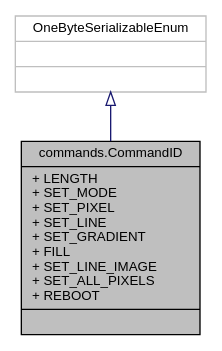
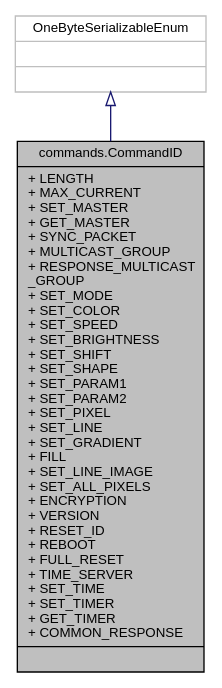
One commit to Quantum-0/qlsc changed the diagram in classcommands_1_1CommandID__inherit__graph.dot. Above: the diagram before and after it, drawn with Graphviz. The commit also changed 234 other files, not shown here.

```diff
--- a/classcommands_1_1CommandID__inherit__graph.dot
+++ b/classcommands_1_1CommandID__inherit__graph.dot
@@ -1,9 +1,9 @@
 digraph "commands.CommandID"
 {
  // LATEX_PDF_SIZE
   edge [fontname="Helvetica",fontsize="10",labelfontname="Helvetica",labelfontsize="10"];
   node [fontname="Helvetica",fontsize="10",shape=record];
-  Node1 [label="{commands.CommandID\n|+ LENGTH\l+ SET_MODE\l+ SET_PIXEL\l+ SET_LINE\l+ SET_GRADIENT\l+ FILL\l+ SET_LINE_IMAGE\l+ SET_ALL_PIXELS\l+ REBOOT\l|}",height=0.2,width=0.4,color="black", fillcolor="grey75", style="filled", fontcolor="black",tooltip=" "];
+  Node1 [label="{commands.CommandID\n|+ LENGTH\l+ MAX_CURRENT\l+ SET_MASTER\l+ GET_MASTER\l+ SYNC_PACKET\l+ MULTICAST_GROUP\l+ RESPONSE_MULTICAST\l_GROUP\l+ SET_MODE\l+ SET_COLOR\l+ SET_SPEED\l+ SET_BRIGHTNESS\l+ SET_SHIFT\l+ SET_SHAPE\l+ SET_PARAM1\l+ SET_PARAM2\l+ SET_PIXEL\l+ SET_LINE\l+ SET_GRADIENT\l+ FILL\l+ SET_LINE_IMAGE\l+ SET_ALL_PIXELS\l+ ENCRYPTION\l+ VERSION\l+ RESET_ID\l+ REBOOT\l+ FULL_RESET\l+ TIME_SERVER\l+ SET_TIME\l+ SET_TIMER\l+ GET_TIMER\l+ COMMON_RESPONSE\l|}",height=0.2,width=0.4,color="black", fillcolor="grey75", style="filled", fontcolor="black",tooltip=" "];
   Node2 -> Node1 [dir="back",color="midnightblue",fontsize="10",style="solid",arrowtail="onormal",fontname="Helvetica"];
   Node2 [label="{OneByteSerializableEnum\n||}",height=0.2,width=0.4,color="grey75", fillcolor="white", style="filled",tooltip=" "];
 }
```
